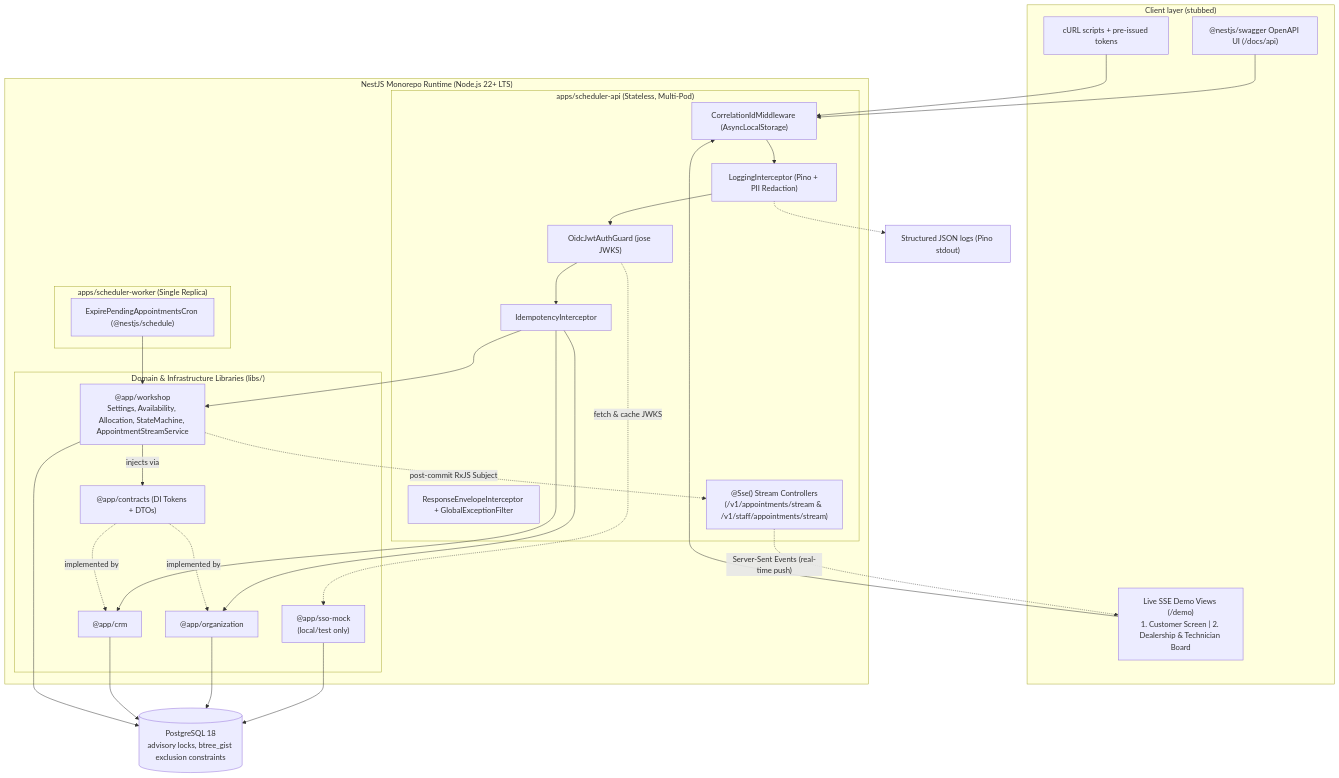
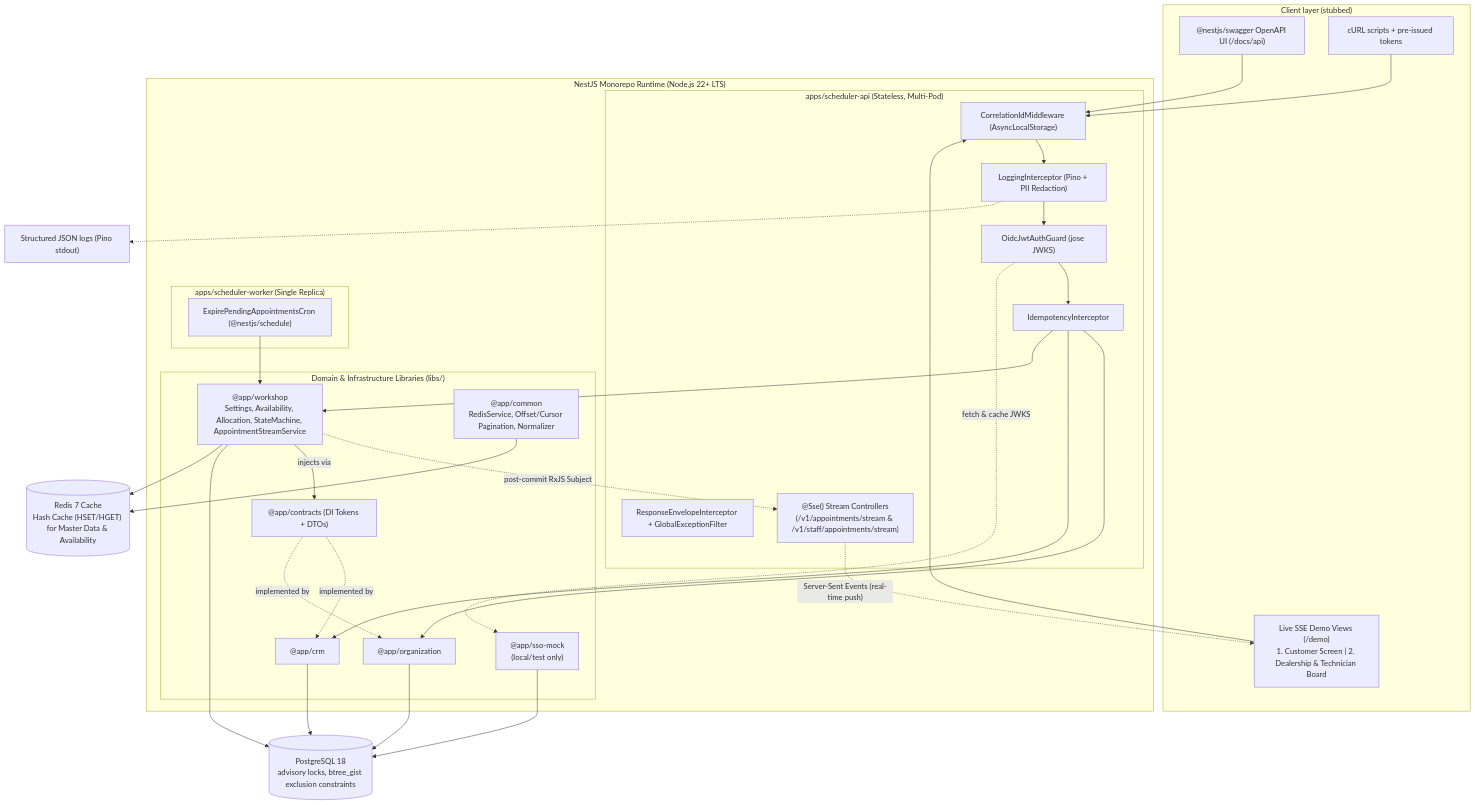
The first of 8 diagrams in SYSTEM_DESIGN.md (anhkhuong1306/the-unified-service-scheduler), drawn with Mermaid before and after one commit. The commit also changed other lines of this file and 2 other files, not shown here.

````diff
--- a/SYSTEM_DESIGN.md
+++ b/SYSTEM_DESIGN.md
@@ -146,54 +191,58 @@
 ```mermaid
 flowchart TB
     subgraph Client["Client layer (stubbed)"]
         OAS["@nestjs/swagger OpenAPI UI (/docs/api)"]
         DEMO["Live SSE Demo Views (/demo)<br/>1. Customer Screen | 2. Dealership & Technician Board"]
         CURL["cURL scripts + pre-issued tokens"]
     end
 
     subgraph Monorepo["NestJS Monorepo Runtime (Node.js 22+ LTS)"]
         subgraph APIApp["apps/scheduler-api (Stateless, Multi-Pod)"]
             MW1["CorrelationIdMiddleware (AsyncLocalStorage)"]
             MW2["LoggingInterceptor (Pino + PII Redaction)"]
             MW3["OidcJwtAuthGuard (jose JWKS)"]
             MW4["IdempotencyInterceptor"]
             RESP["ResponseEnvelopeInterceptor + GlobalExceptionFilter"]
             SSE["@Sse() Stream Controllers<br/>(/v1/appointments/stream & /v1/staff/appointments/stream)"]
         end
 
         subgraph WorkerApp["apps/scheduler-worker (Single Replica)"]
             CRON["ExpirePendingAppointmentsCron (@nestjs/schedule)"]
         end
 
         subgraph Libs["Domain & Infrastructure Libraries (libs/)"]
             SSO["@app/sso-mock<br/>(local/test only)"]
             ORG["@app/organization"]
             CRM["@app/crm"]
             WS["@app/workshop<br/>Settings, Availability, Allocation, StateMachine, AppointmentStreamService"]
             CONTRACTS["@app/contracts (DI Tokens + DTOs)"]
+            COMMON["@app/common<br/>RedisService, Offset/Cursor Pagination, Normalizer"]
         end
     end
 
     PG[("PostgreSQL 18<br/>advisory locks, btree_gist exclusion constraints")]
+    REDIS[("Redis 7 Cache<br/>Hash Cache (HSET/HGET) for Master Data & Availability")]
     LOG["Structured JSON logs (Pino stdout)"]
 
     OAS --> MW1
     DEMO --> MW1
     SSE -. "Server-Sent Events (real-time push)" .-> DEMO
     WS -. "post-commit RxJS Subject" .-> SSE
     CURL --> MW1
     MW1 --> MW2 --> MW3 --> MW4
     MW4 --> ORG
     MW4 --> CRM
     MW4 --> WS
     MW3 -. "fetch & cache JWKS" .-> SSO
     WS -- "injects via" --> CONTRACTS
     CONTRACTS -. "implemented by" .-> CRM
     CONTRACTS -. "implemented by" .-> ORG
     CRON --> WS
     SSO --> PG
     ORG --> PG
     CRM --> PG
     WS --> PG
+    WS --> REDIS
+    COMMON --> REDIS
     MW2 -.-> LOG
 ```
````
